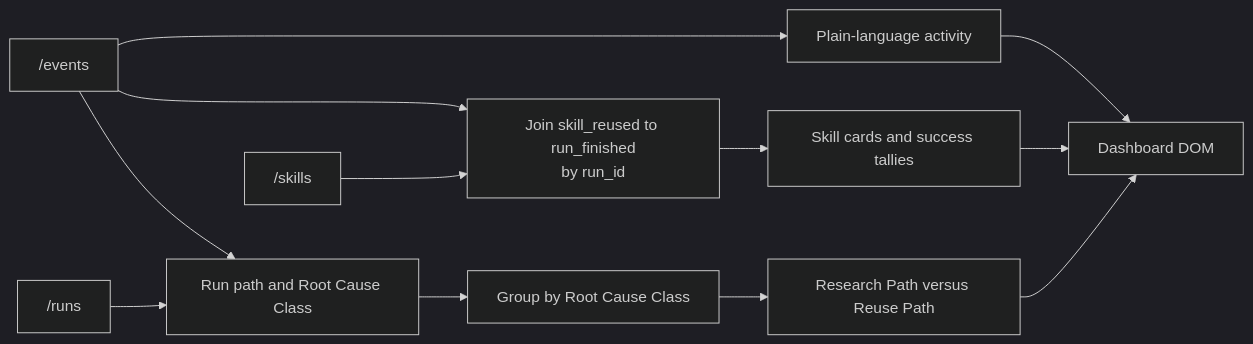
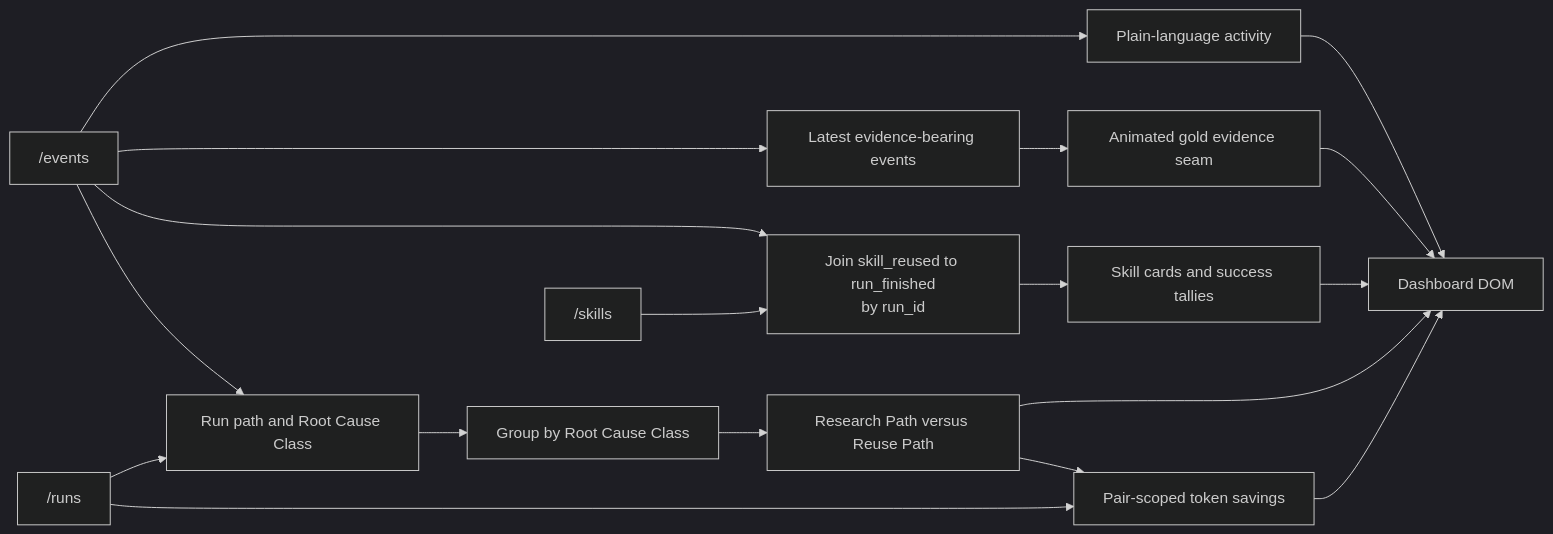
The diagram in docs/architecture/dashboard.md (arnv15/Kintsugi), drawn with Mermaid (dark theme) before and after one commit. The commit also changed other lines of this file and 8 other files, not shown here.

````diff
--- a/docs/architecture/dashboard.md
+++ b/docs/architecture/dashboard.md
@@ -82,14 +76,20 @@
 ```mermaid
 flowchart LR
   events["/events"] --> activity["Plain-language activity"]
+  events --> latest["Latest evidence-bearing events"]
+  latest --> seam["Animated gold evidence seam"]
   events --> reuseJoin["Join skill_reused to run_finished<br/>by run_id"]
   skills["/skills"] --> reuseJoin
   reuseJoin --> cards["Skill cards and success tallies"]
   events --> runDetails["Run path and Root Cause Class"]
   runs["/runs"] --> runDetails
   runDetails --> group["Group by Root Cause Class"]
   group --> compare["Research Path versus Reuse Path"]
+  compare --> summary["Pair-scoped token savings"]
+  runs --> summary
   activity --> view["Dashboard DOM"]
+  seam --> view
   cards --> view
   compare --> view
+  summary --> view
 ```
````
